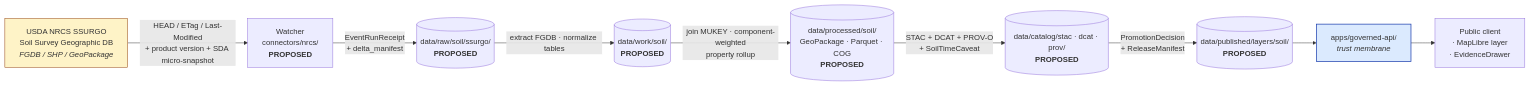
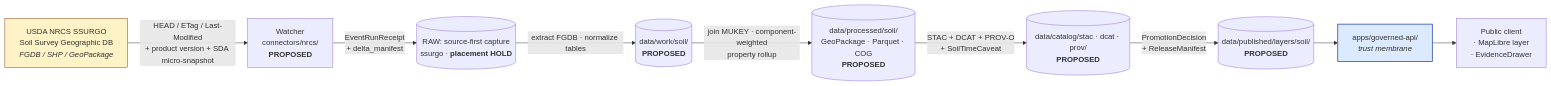
One commit to bartytime4life/Kansas-Frontier-Matrix changed the diagram in docs/sources/catalog/nrcs/ssurgo.md. Above: the diagram before and after it, drawn with Mermaid. The commit also changed other lines of this file and 10 other files, not shown here.

First line of the commit message:
docs(sources): align soil source-catalog RAW paths with source-first DIR-SOURCE-001

````diff
--- a/docs/sources/catalog/nrcs/ssurgo.md
+++ b/docs/sources/catalog/nrcs/ssurgo.md
@@ -165,15 +169,15 @@
 ```mermaid
 flowchart LR
     A[USDA NRCS SSURGO<br/>Soil Survey Geographic DB<br/><i>FGDB / SHP / GeoPackage</i>]:::ext
     A -->|HEAD / ETag / Last-Modified<br/>+ product version + SDA micro-snapshot| W[Watcher<br/>connectors/nrcs/<br/><b>PROPOSED</b>]
-    W -->|EventRunReceipt<br/>+ delta_manifest| RAW[(data/raw/soil/ssurgo/<br/><b>PROPOSED</b>)]
+    W -->|EventRunReceipt<br/>+ delta_manifest| RAW[("RAW: source-first capture<br/>ssurgo · <b>placement HOLD</b>")]
     RAW -->|extract FGDB · normalize tables| WORK[(data/work/soil/<br/><b>PROPOSED</b>)]
     WORK -->|join MUKEY · component-weighted<br/>property rollup| PROC[(data/processed/soil/<br/>GeoPackage · Parquet · COG<br/><b>PROPOSED</b>)]
     PROC -->|STAC + DCAT + PROV-O<br/>+ SoilTimeCaveat| CAT[(data/catalog/stac · dcat · prov/<br/><b>PROPOSED</b>)]
     CAT -->|PromotionDecision<br/>+ ReleaseManifest| PUB[(data/published/layers/soil/<br/><b>PROPOSED</b>)]
     PUB --> API[apps/governed-api/<br/><i>trust membrane</i>]:::api
     API --> Client[Public client<br/>· MapLibre layer<br/>· EvidenceDrawer]
 
     classDef ext fill:#fef3c7,stroke:#92400e,stroke-width:1px
     classDef api fill:#dbeafe,stroke:#1e40af,stroke-width:1.5px
 ```
````
